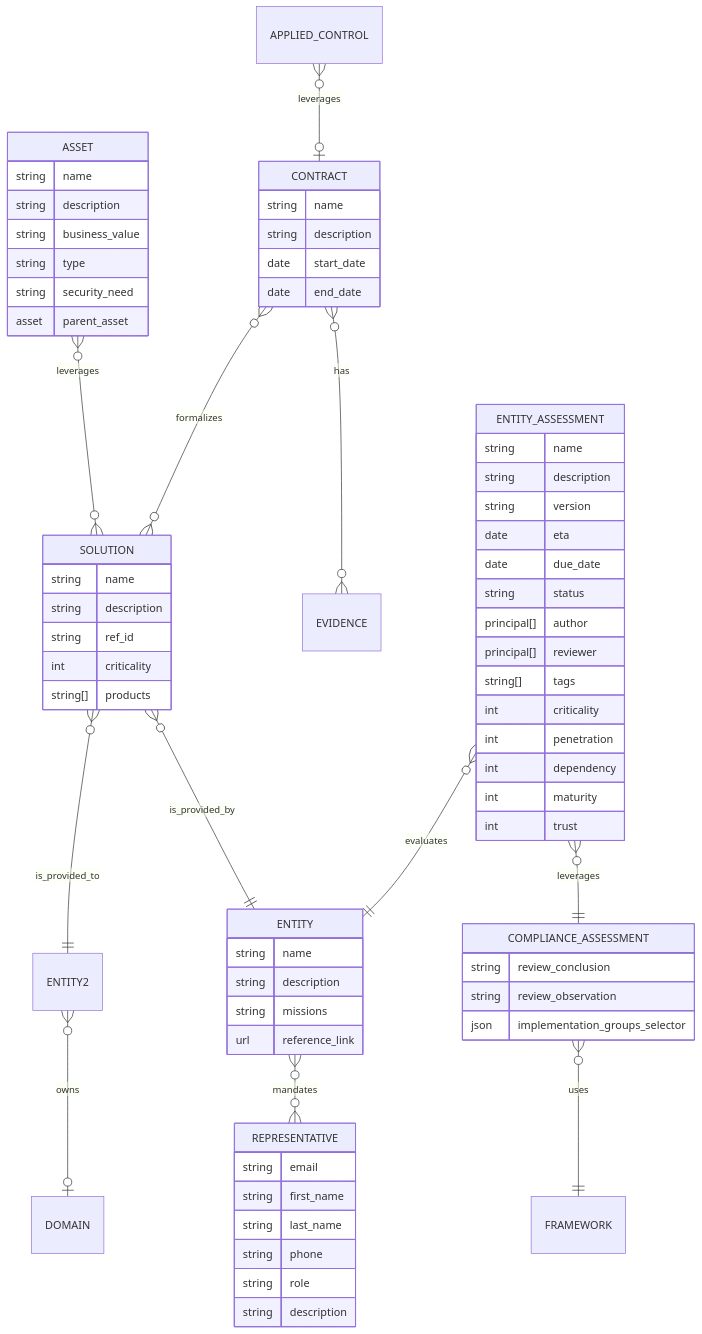
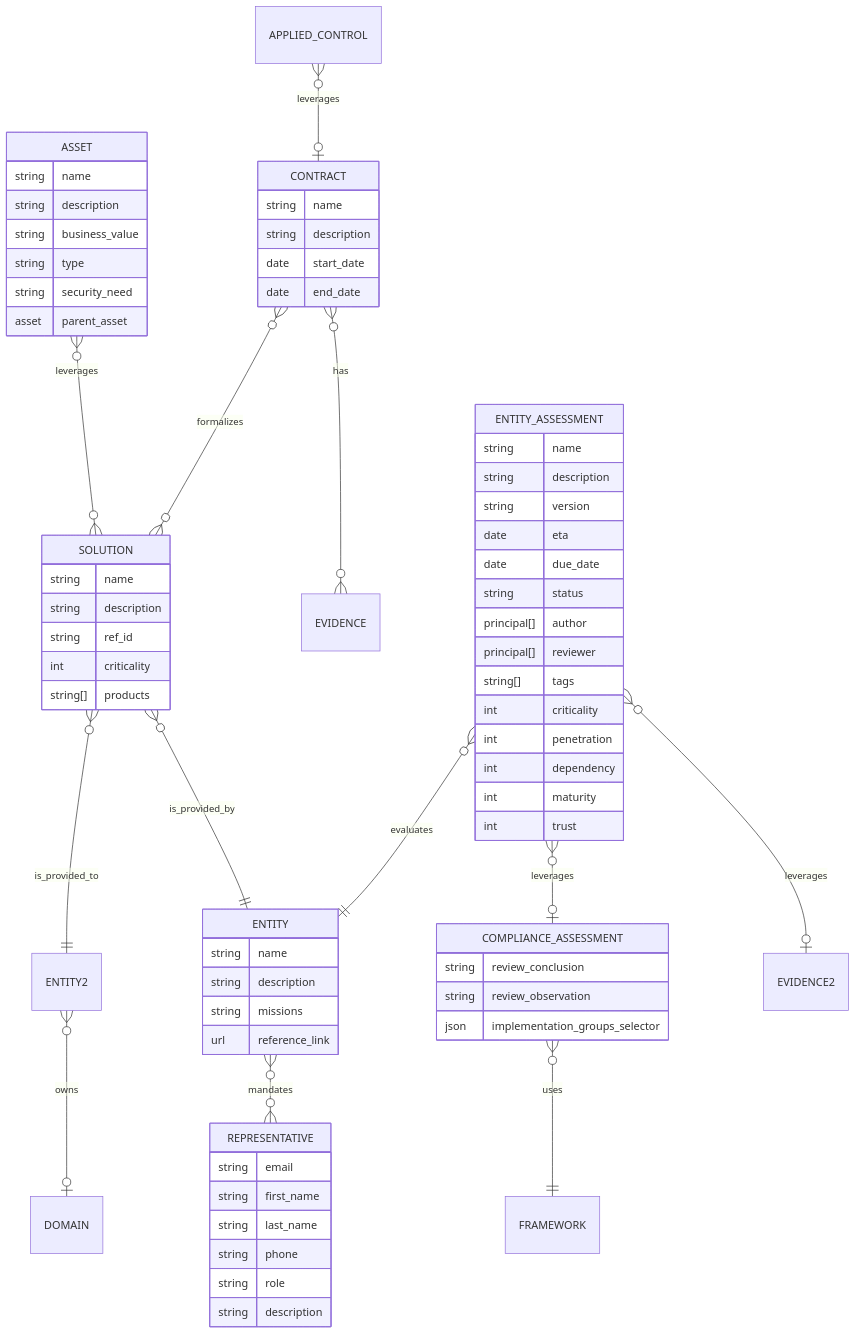
Before and after one commit to intuitem/ciso-assistant-community: the eighth of 10 diagrams in documentation/architecture/data-model.md, drawn with Mermaid. The commit also changed other lines of this file, not shown here.

````diff
--- a/documentation/architecture/data-model.md
+++ b/documentation/architecture/data-model.md
@@ -1129,81 +1129,82 @@
 ```mermaid
 erDiagram
 
     ASSET                 }o--o{ SOLUTION              : leverages
     ENTITY2               }o--o| DOMAIN                : owns
     SOLUTION              }o--|| ENTITY2               : is_provided_to
     SOLUTION              }o--|| ENTITY                : is_provided_by
     CONTRACT              }o--o{ SOLUTION              : formalizes
     CONTRACT              }o--o{ EVIDENCE              : has
     APPLIED_CONTROL       }o--o| CONTRACT              : leverages
     ENTITY_ASSESSMENT     }o--|| ENTITY                : evaluates
     ENTITY                }o--o{ REPRESENTATIVE        : mandates
-    ENTITY_ASSESSMENT     }o--|| COMPLIANCE_ASSESSMENT : leverages
+    ENTITY_ASSESSMENT     }o--o| COMPLIANCE_ASSESSMENT : leverages
+    ENTITY_ASSESSMENT     }o--o| EVIDENCE2             : leverages
     COMPLIANCE_ASSESSMENT }o--|| FRAMEWORK             : uses
 
     ENTITY {
         string  name
         string  description
         string  missions  
         url     reference_link
     }
 
     ASSET {
         string      name
         string      description
         string      business_value
         string      type
         string      security_need
         asset       parent_asset
     }
 
     SOLUTION {
         string      name
         string      description
         string      ref_id
         int         criticality
         string[]    products
     }
 
 
     CONTRACT {
         string name
         string description
         date   start_date
         date   end_date
     }
 
     ENTITY_ASSESSMENT {
         string      name
         string      description
         string      version
         date        eta
         date        due_date
         string      status
         principal[] author
         principal[] reviewer
         string[]    tags
 
         int         criticality
         int         penetration
         int         dependency
         int         maturity
         int         trust
     }
 
     REPRESENTATIVE {
         string      email
         string      first_name
         string      last_name
         string      phone
         string      role
         string      description
     }
 
     COMPLIANCE_ASSESSMENT {
         string      review_conclusion
         string      review_observation
         json        implementation_groups_selector
     }
 
 ```
````
